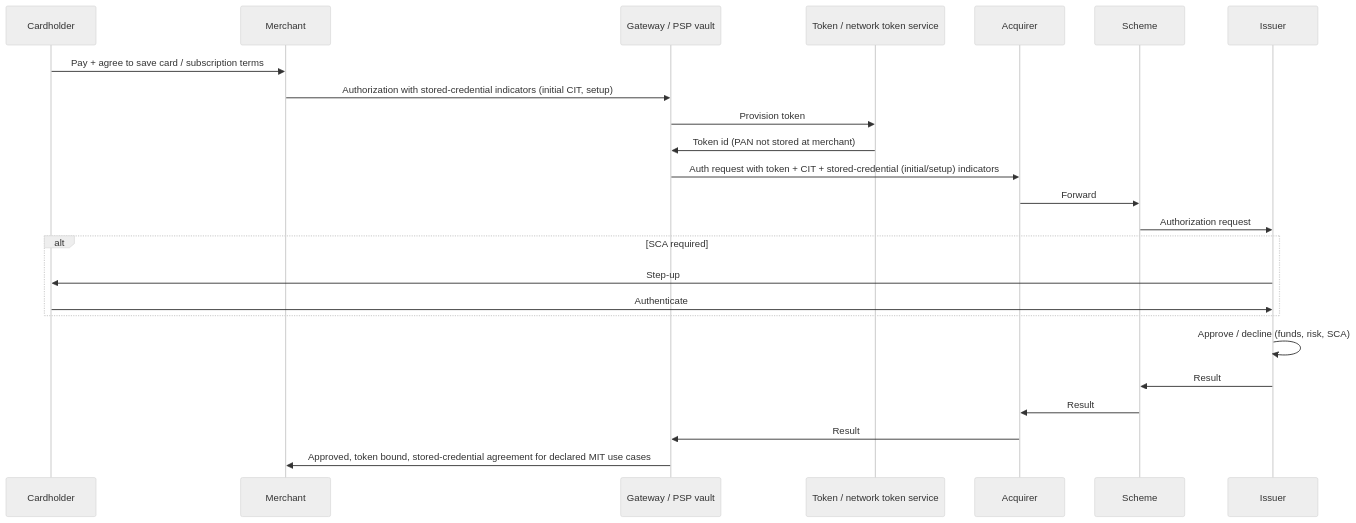
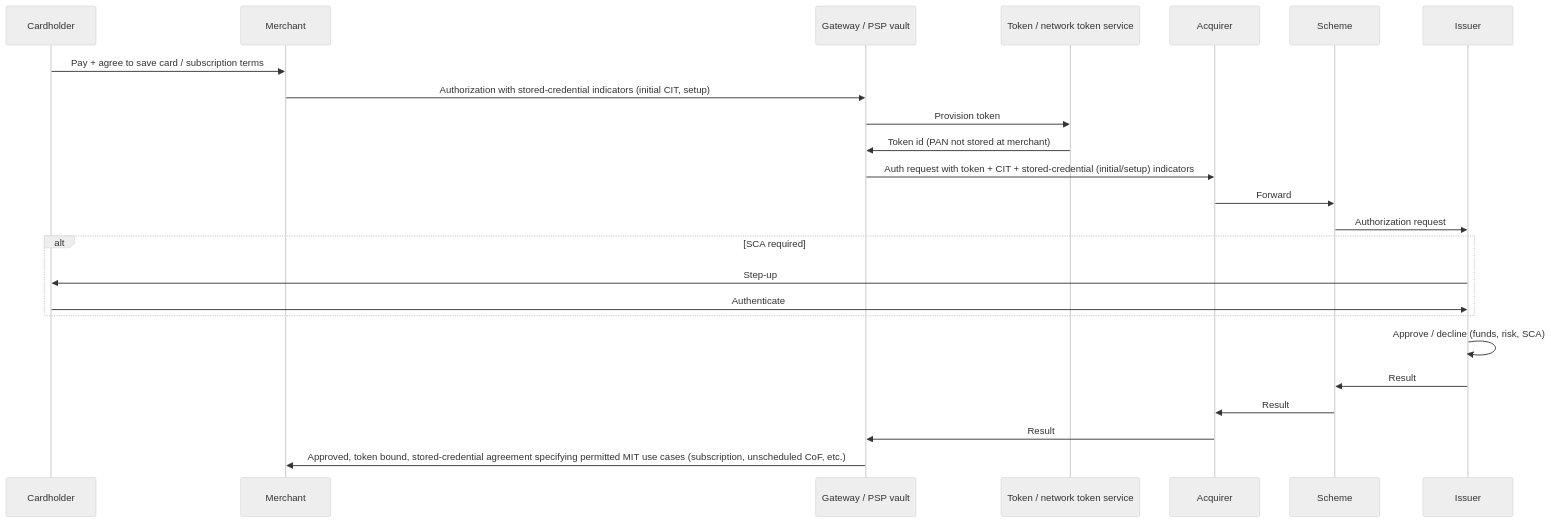
The first of 2 diagrams in content/blogs/2026-04-20-payment-capabilities/index.md (yanomic/yanomic.github.io), drawn with Mermaid (neutral theme) before and after one commit. The commit also changed other lines of this file, not shown here.

````diff
--- a/content/blogs/2026-04-20-payment-capabilities/index.md
+++ b/content/blogs/2026-04-20-payment-capabilities/index.md
@@ -69,26 +77,26 @@
 ```mermaid
 sequenceDiagram
     participant Ch as Cardholder
     participant Mer as Merchant
     participant G as Gateway / PSP vault
     participant T as Token / network token service
     participant Acq as Acquirer
     participant Sch as Scheme
     participant Iss as Issuer
     Ch->>Mer: Pay + agree to save card / subscription terms
     Mer->>G: Authorization with stored-credential indicators (initial CIT, setup)
     G->>T: Provision token
     T->>G: Token id (PAN not stored at merchant)
     G->>Acq: Auth request with token + CIT + stored-credential (initial/setup) indicators
     Acq->>Sch: Forward
     Sch->>Iss: Authorization request
     alt SCA required
         Iss->>Ch: Step-up
         Ch->>Iss: Authenticate
     end
     Iss->>Iss: Approve / decline (funds, risk, SCA)
     Iss->>Sch: Result
     Sch->>Acq: Result
     Acq->>G: Result
-    G->>Mer: Approved, token bound, stored-credential agreement for declared MIT use cases
+    G->>Mer: Approved, token bound, stored-credential agreement specifying permitted MIT use cases (subscription, unscheduled CoF, etc.)
 ```
````
